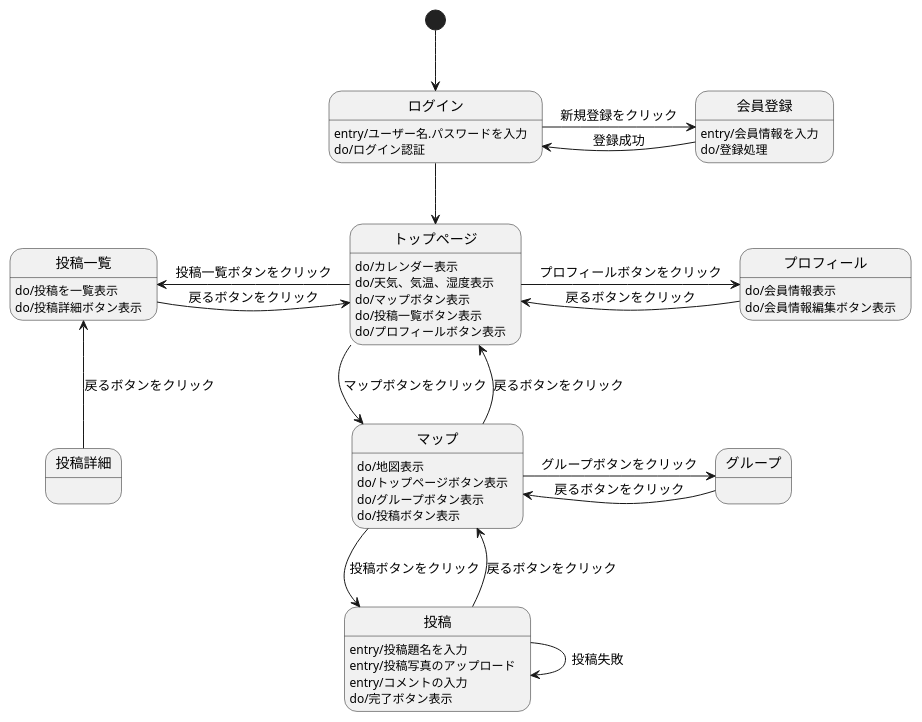
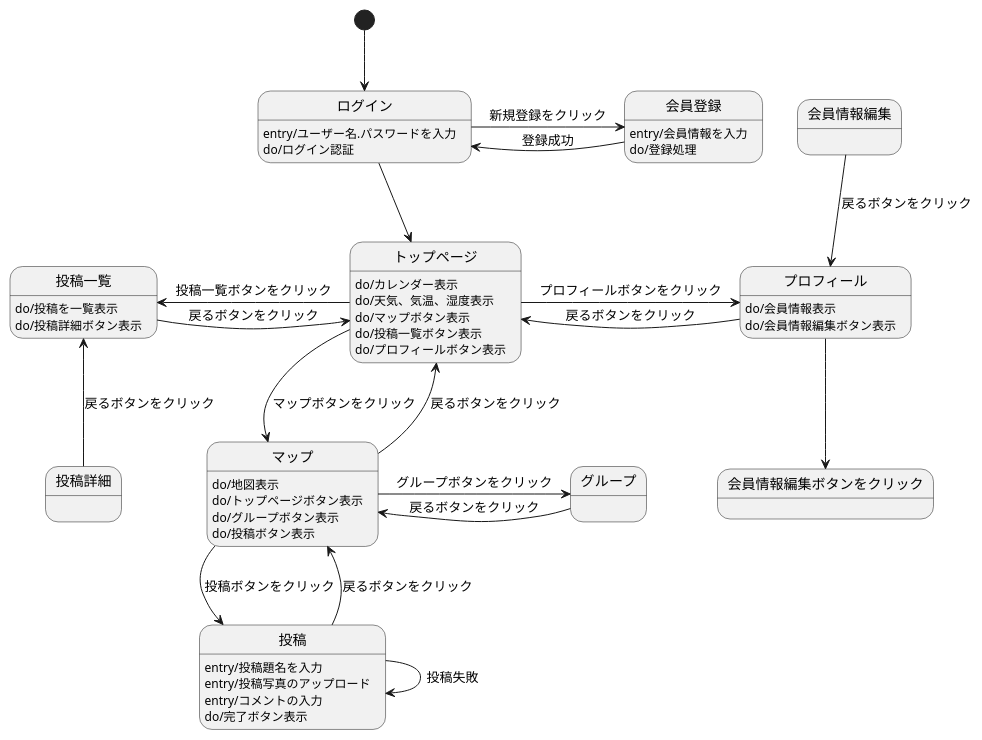
Before and after one commit to Aso2001031/System4_ver2.0: the diagram in 03_画面遷移図/画面遷移図.md, drawn with PlantUML.

````diff
--- a/03_画面遷移図/画面遷移図.md
+++ b/03_画面遷移図/画面遷移図.md
@@ -1,55 +1,58 @@
 ```uml
 @startuml
 
 [*] -down-> ログイン
 
 ログイン -down-> トップページ
 ログイン : entry/ユーザー名.パスワードを入力 
 ログイン : do/ログイン認証 
 ログイン -> 会員登録 : 新規登録をクリック
 
 会員登録 -> ログイン : 登録成功
 会員登録 : entry/会員情報を入力 
 会員登録 : do/登録処理
 
 トップページ : do/カレンダー表示
 トップページ : do/天気、気温、湿度表示
 トップページ : do/マップボタン表示
 トップページ : do/投稿一覧ボタン表示
 トップページ : do/プロフィールボタン表示
 トップページ -down-> マップ : マップボタンをクリック
 トップページ -left-> 投稿一覧 : 投稿一覧ボタンをクリック
 トップページ -right-> プロフィール :プロフィールボタンをクリック
 
 マップ -up-> トップページ : 戻るボタンをクリック
 マップ : do/地図表示
 マップ : do/トップページボタン表示
 マップ : do/グループボタン表示
 マップ : do/投稿ボタン表示
 マップ -down-> 投稿 : 投稿ボタンをクリック
 マップ -right-> グループ : グループボタンをクリック
 
 投稿一覧 -right-> トップページ : 戻るボタンをクリック
 投稿一覧 : do/投稿を一覧表示
 投稿一覧 : do/投稿詳細ボタン表示
 
 プロフィール -left-> トップページ : 戻るボタンをクリック
 プロフィール : do/会員情報表示
 プロフィール : do/会員情報編集ボタン表示
+プロフィール --> 会員情報編集ボタンをクリック
 
 投稿 -up-> マップ : 戻るボタンをクリック
 投稿 : entry/投稿題名を入力
 投稿 : entry/投稿写真のアップロード
 投稿 : entry/コメントの入力
 投稿 : do/完了ボタン表示
-投稿 -> 投稿 : 投稿失敗
+投稿 -down-> 投稿 : 投稿失敗
 
 グループ -left-> マップ : 戻るボタンをクリック 
 グループ : 
 
 投稿詳細 -up-> 投稿一覧 : 戻るボタンをクリック
 投稿詳細 : 
 
+会員情報編集 --> プロフィール : 戻るボタンをクリック
+会員情報編集 : 
 
 @enduml
 ```
````
